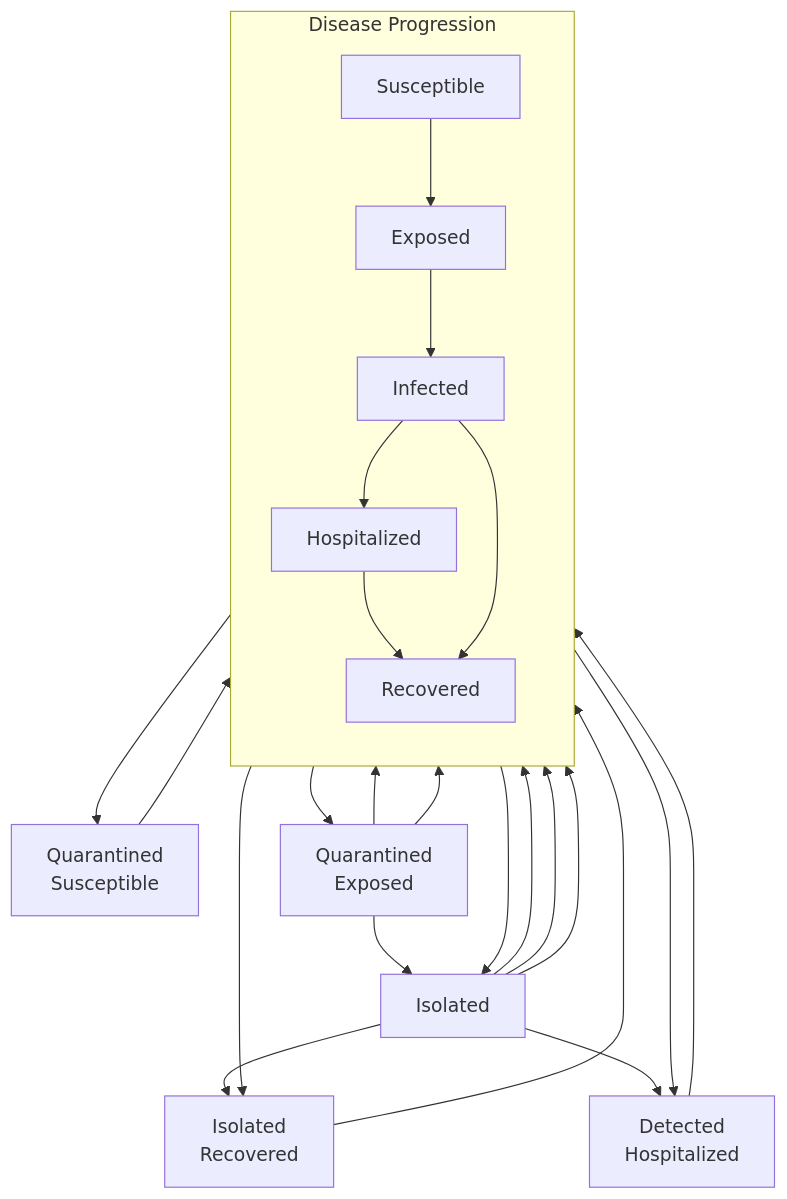
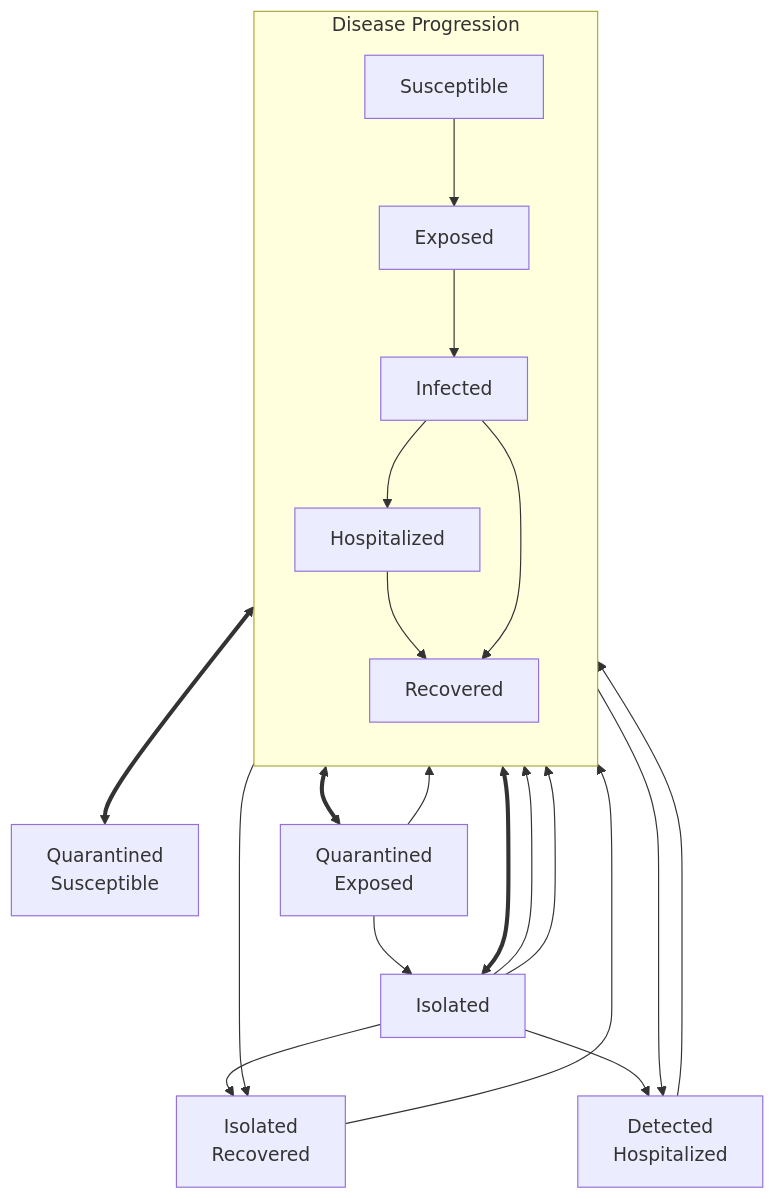
Before and after one commit to UofUEpiBio/epiworld: the diagram in include/epiworld/models/seirmixingquarantine.mmd, drawn with Mermaid. The commit also changed 2 other files, not shown here.

Commit message:
Updating diagram

```diff
--- a/include/epiworld/models/seirmixingquarantine.mmd
+++ b/include/epiworld/models/seirmixingquarantine.mmd
@@ -1,51 +1,49 @@
 flowchart TB
 
     %% Disease progression states
     subgraph Main[Disease Progression]
         direction TB
         S[Susceptible]
         E[Exposed]
         In[Infected]
         H[Hospitalized]
         R[Recovered]
     end
 
     S --> E
     E --> In
     In --> H
     H --> R
     In --> R
 
     %% Quarantine states
     Dh[Detected<br>Hospitalized]
     Qs[Quarantined<br>Susceptible]
     Qe[Quarantined<br>Exposed]
     I[Isolated]
     Ir[Isolated<br>Recovered]
 
     %% Infected to
-    In --> I
+    In <==> I
     In --> Ir
     In --> Dh
 
     %% Isolated to
     I --> R
     I --> Ir
     I --> H
     I --> Dh
-    I --> In
 
     %% Susceptible quarantined
-    S --> Qs
-    Qs --> S
+    S <==> Qs
 
     %% Exposed
-    E --> Qe
-    Qe --> E
+    E <==> Qe
+
     Qe --> I
     Qe --> In
 
     Dh --> R
 
     %% Isolated recovered
     Ir --> R
```
